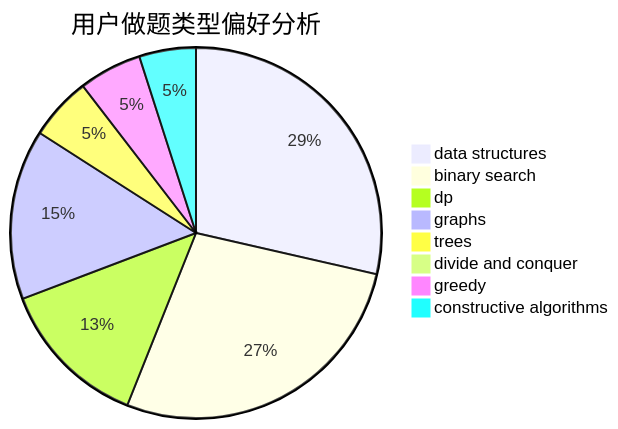
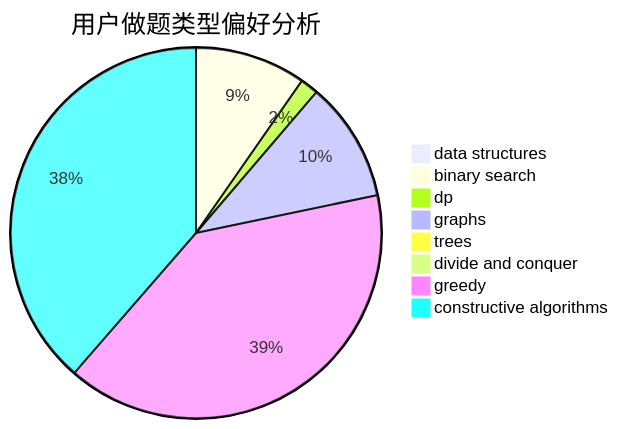
One commit to sherpahu/cfrs.github.io changed the second of 3 diagrams in docs/user/u59.md. Above: the diagram before and after it, drawn with Mermaid. The commit also changed other lines of this file and 2770 other files, not shown here.

````diff
--- a/docs/user/u59.md
+++ b/docs/user/u59.md
@@ -23,11 +23,11 @@
 ```mermaid
 pie title 用户做题类型偏好分析
-    "data structures" :  52
-    "binary search" :  50
-    "dp" :  24
-    "graphs" :  27
-    "trees" :  10
-    "divide and conquer" :  0
-    "greedy" :  10
-    "constructive algorithms" :  9
+    "data structures" :  10
+    "binary search" :  110
+    "dp" :  18
+    "graphs" :  119
+    "trees" :  7
+    "divide and conquer" :  9
+    "greedy" :  451
+    "constructive algorithms" :  439
 ```
````
